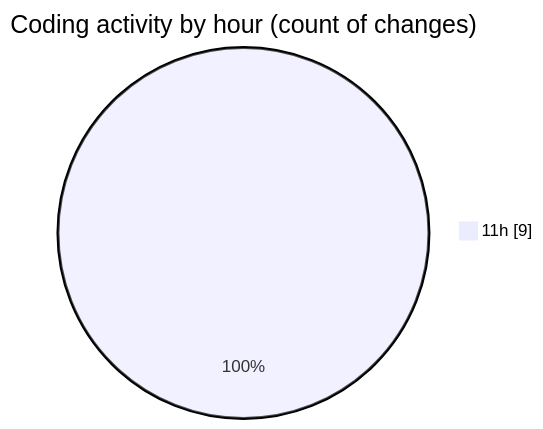
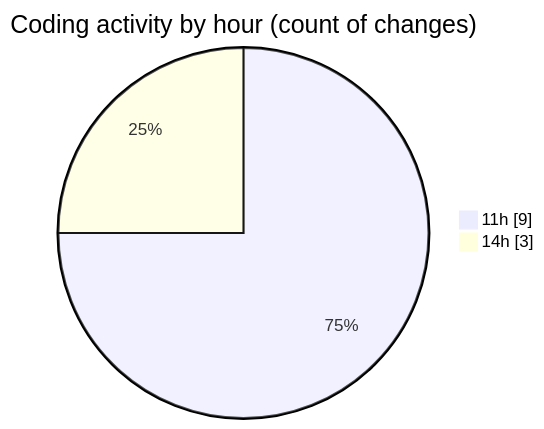
Before and after one commit to yexinjia/code-tracking: the second of 2 diagrams in 2026-08-01/mono-test/README.md, drawn with Mermaid. The commit also changed other lines of this file and 1 other file, not shown here.

````diff
--- a/2026-08-01/mono-test/README.md
+++ b/2026-08-01/mono-test/README.md
@@ -30,5 +32,6 @@
 ```mermaid
 pie showData
 title Coding activity by hour (count of changes)
 "11h" : 9
+"14h" : 3
 ```
````
